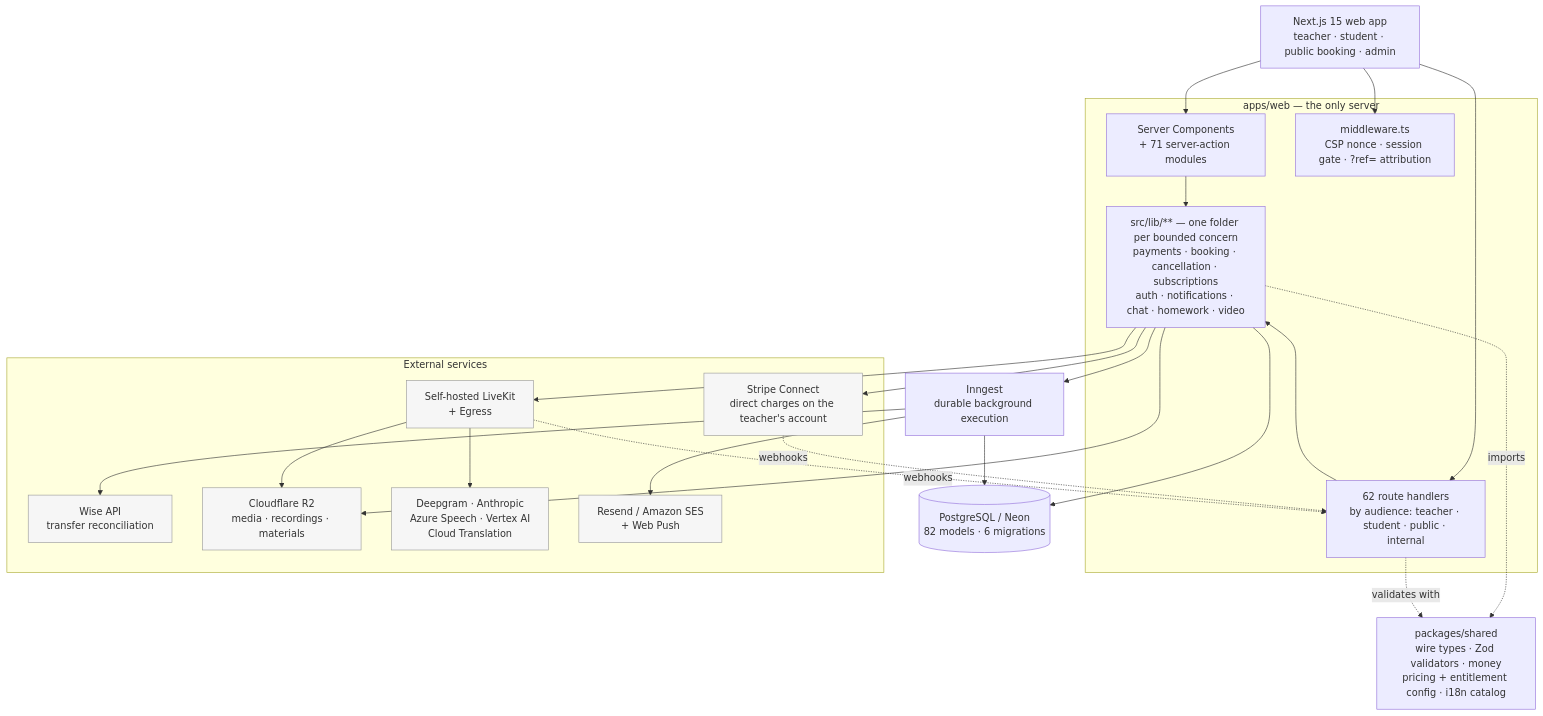
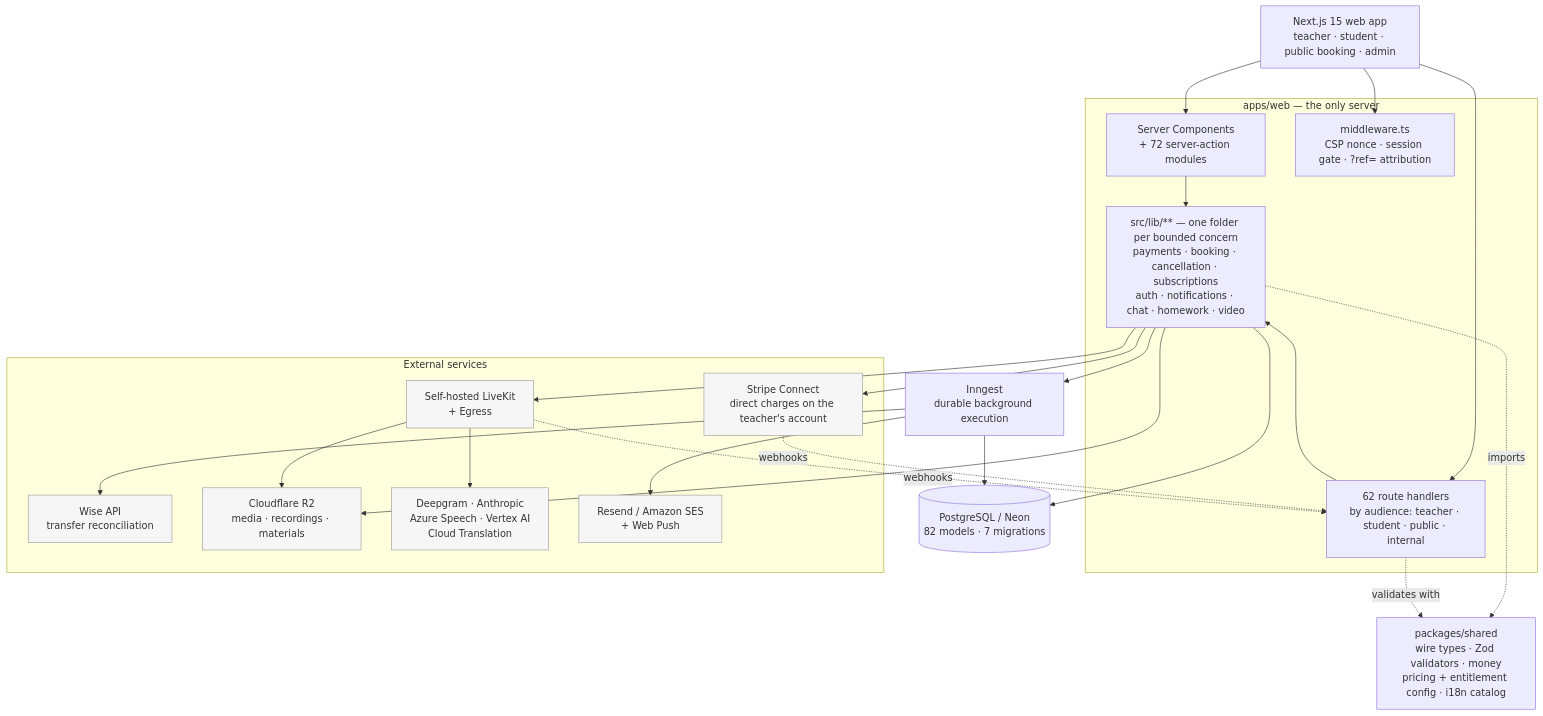
The first of 2 diagrams in README.md (jaystewartuk/spiralclass), drawn with Mermaid before and after one commit. The commit also changed other lines of this file and 40 other files, not shown here.

````diff
--- a/README.md
+++ b/README.md
@@ -131,48 +131,48 @@
 ```mermaid
 graph TB
     WEB["Next.js 15 web app<br/>teacher · student · public booking · admin"]
 
     subgraph app["apps/web — the only server"]
-        RSC["Server Components<br/>+ 71 server-action modules"]
+        RSC["Server Components<br/>+ 72 server-action modules"]
         API["62 route handlers<br/>by audience: teacher · student · public · internal"]
         MW["middleware.ts<br/>CSP nonce · session gate · ?ref= attribution"]
         LIB["src/lib/** — one folder per bounded concern<br/>payments · booking · cancellation · subscriptions<br/>auth · notifications · chat · homework · video"]
     end
 
     SH["packages/shared<br/>wire types · Zod validators · money<br/>pricing + entitlement config · i18n catalog"]
 
-    DB[("PostgreSQL / Neon<br/>82 models · 6 migrations")]
+    DB[("PostgreSQL / Neon<br/>82 models · 7 migrations")]
     JOBS["Inngest<br/>durable background execution"]
 
     subgraph external["External services"]
         STRIPE["Stripe Connect<br/>direct charges on the teacher's account"]
         WISE["Wise API<br/>transfer reconciliation"]
         LK["Self-hosted LiveKit<br/>+ Egress"]
         R2["Cloudflare R2<br/>media · recordings · materials"]
         AI["Deepgram · Anthropic<br/>Azure Speech · Vertex AI<br/>Cloud Translation"]
         MAIL["Resend / Amazon SES<br/>+ Web Push"]
     end
 
     WEB --> MW
     WEB --> RSC
     WEB --> API
     RSC --> LIB
     API --> LIB
     LIB --> DB
     LIB --> JOBS
     JOBS --> DB
     JOBS --> MAIL
     LIB --> STRIPE
     JOBS --> WISE
     LIB --> LK
     LK --> R2
     LK --> AI
     LIB --> R2
     LIB -.imports.-> SH
     API -.validates with.-> SH
     STRIPE -.webhooks.-> API
     LK -.webhooks.-> API
 
     classDef ext fill:#f6f6f6,stroke:#999,color:#333
     class STRIPE,WISE,LK,R2,AI,MAIL ext
 ```
````
